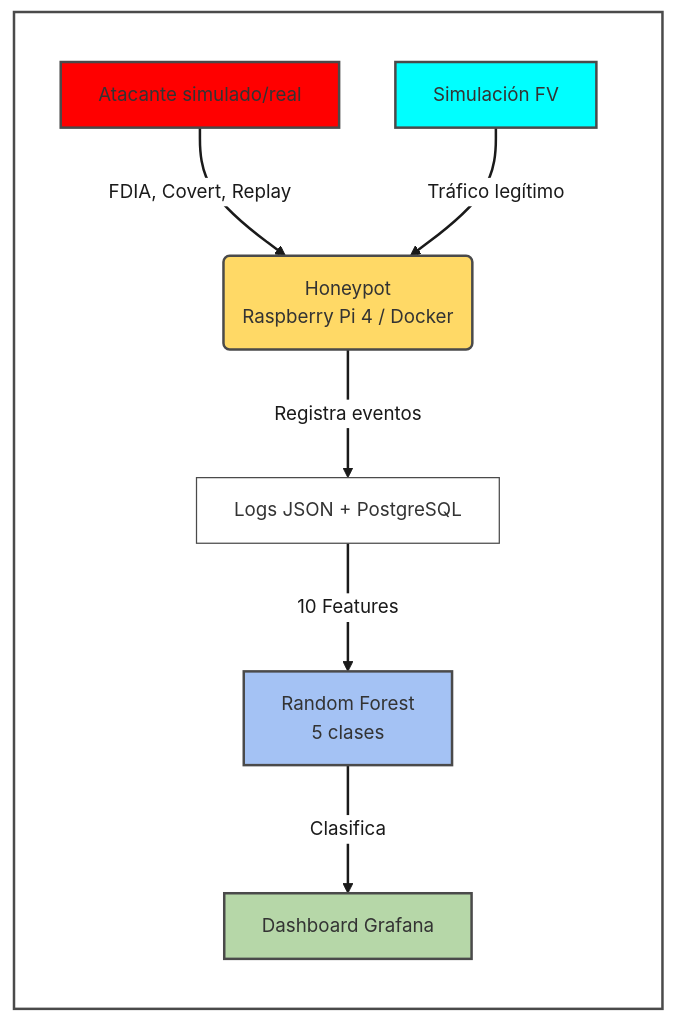
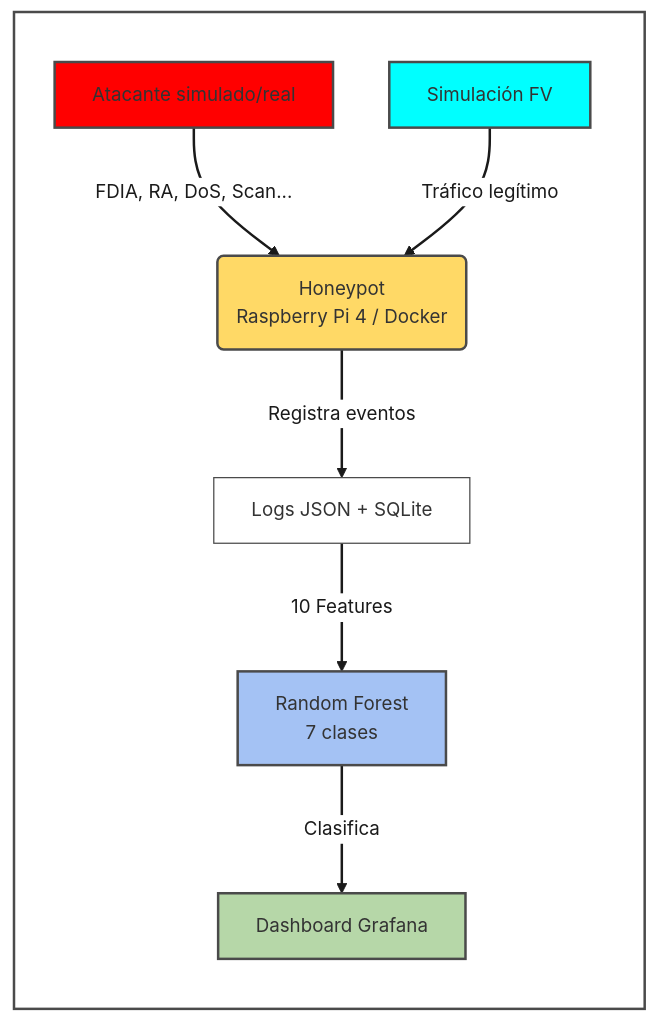
Before and after one commit to NicolasReyes001/tesis-honeypot-fv-ml: the diagram in docs/Semana1/problema_definido.md, drawn with Mermaid. The commit also changed other lines of this file and 3 other files, not shown here.

````diff
--- a/docs/Semana1/problema_definido.md
+++ b/docs/Semana1/problema_definido.md
@@ -82,44 +82,44 @@
 ```mermaid
 %%{init: {
   'theme': 'base',
   'themeVariables': {
     'fontSize': '15px',
     'primaryColor': '#ffffff',
     'edgeLabelBackground': '#ffffff',
     'lineColor': '#4a4a4a',
     'mainBkg': '#ffffff',
     'nodeBorder': '#4a4a4a',
     'actorBorder': '#4a4a4a',
     'textColor': '#1a1a1a',
     'arrowheadColor': '#1a1a1a'
   },
   'flowchart': {
     'useMaxWidth': true,
     'nodeSpacing': 45,
     'rankSpacing': 55,
     'curve': 'basis'
   }
 }}%%
 graph TD
     subgraph Sistema_propuesto [" "]
         direction TD
-        A[Atacante simulado/real] -->|FDIA, Covert, Replay| B(Honeypot<br>Raspberry Pi 4 / Docker)
+        A[Atacante simulado/real] -->|FDIA, RA, DoS, Scan...| B(Honeypot<br>Raspberry Pi 4 / Docker)
         F[Simulación FV] -->|Tráfico legítimo| B
-        B -->|Registra eventos| C[Logs JSON + PostgreSQL]
-        C -->|10 Features| D[Random Forest<br>5 clases]
+        B -->|Registra eventos| C[Logs JSON + SQLite]
+        C -->|10 Features| D[Random Forest<br>7 clases]
         D -->|Clasifica| E[Dashboard Grafana]
         
         style A fill:#FF0000,stroke:#4a4a4a,stroke-width:2px
         style B fill:#ffd966,stroke:#4a4a4a,stroke-width:2px
         style D fill:#a4c2f4,stroke:#4a4a4a,stroke-width:2px
         style E fill:#b6d7a8,stroke:#4a4a4a,stroke-width:2px
         style F fill:#00FFFF,stroke:#4a4a4a,stroke-width:2px
     end
 
     %% === Estilo para la caja contenedora ===
     style Sistema_propuesto fill:#ffffff,stroke:#4a4a4a,stroke-width:2px
 
     %% === Flechas con contorno blanco + relleno negro ===
     linkStyle default stroke:#ffffff, stroke-width: 5px
     linkStyle default stroke:#1a1a1a, stroke-width:2px, color:#1a1a1a
 ```
````
